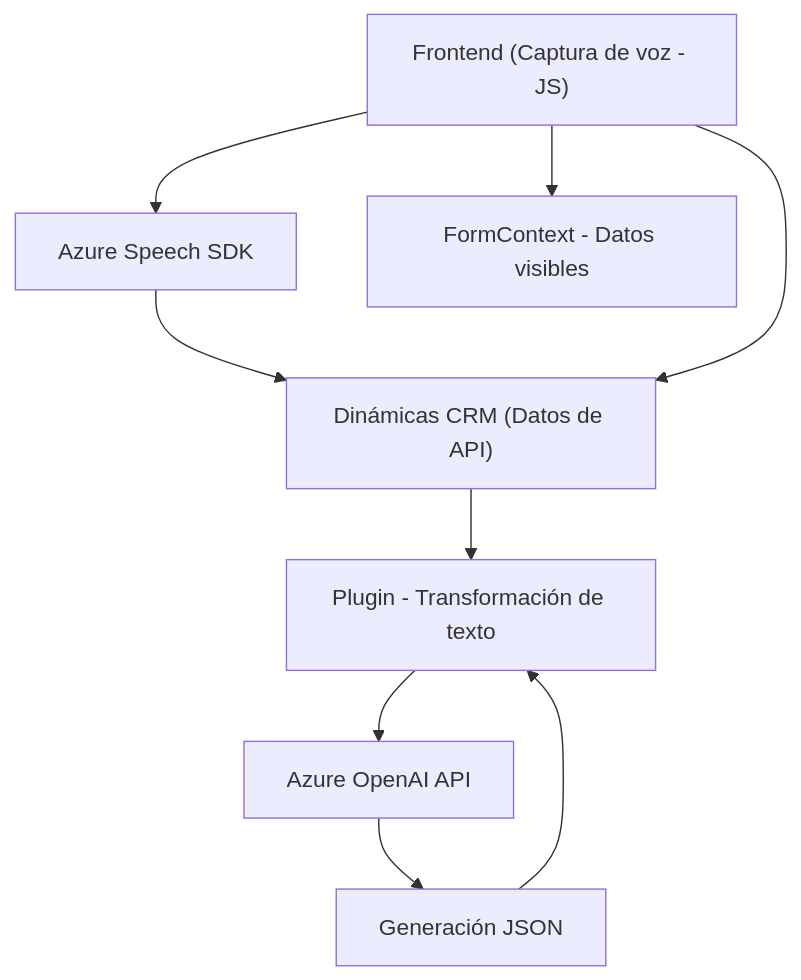
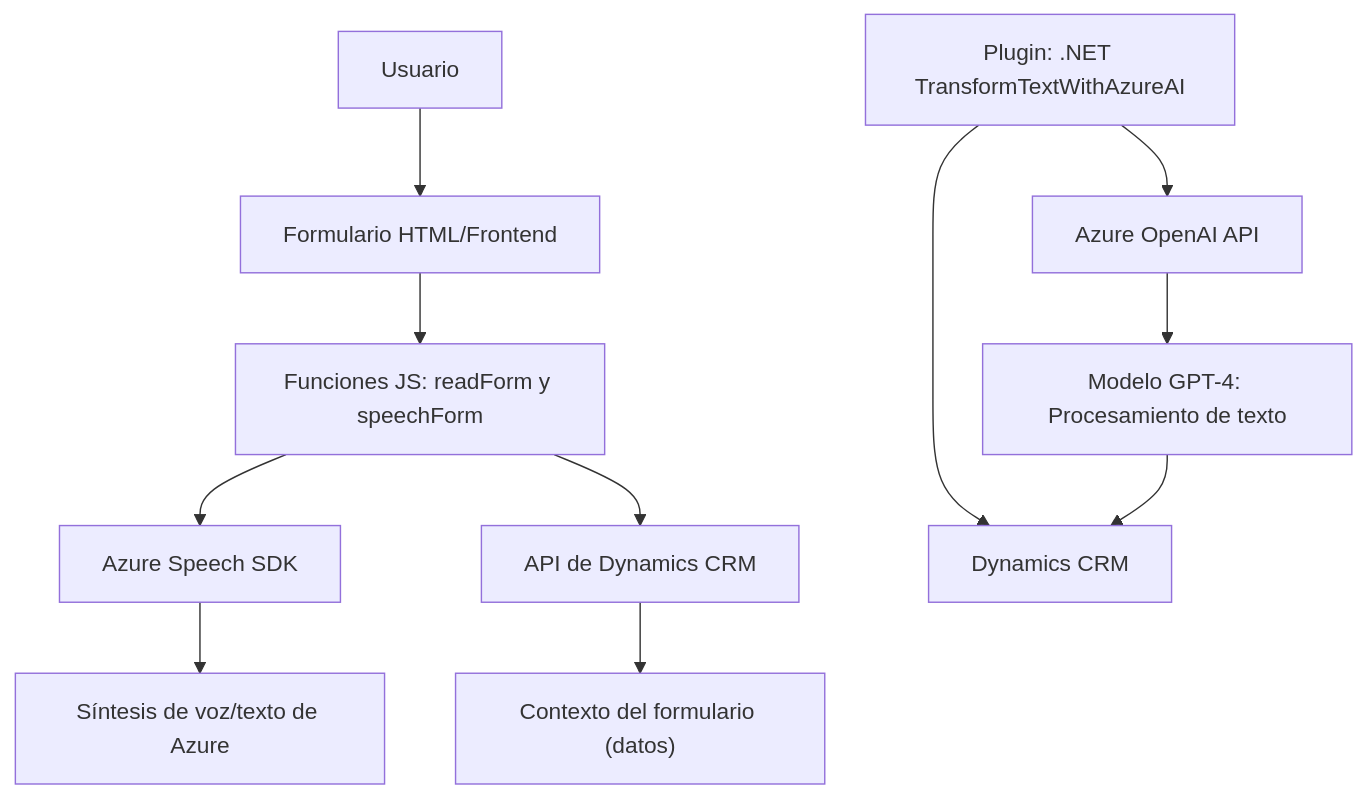
Before and after one commit to blopezdm/NETCORE_BILBAO2025: the diagram in README.md, drawn with Mermaid. The commit also changed other lines of this file, not shown here.

````diff
--- a/README.md
+++ b/README.md
@@ -40,11 +46,14 @@
 ```mermaid
 graph TD
-A["Frontend (Captura de voz - JS)"] --> B["Azure Speech SDK"]
-A --> C["FormContext - Datos visibles"]
-B --> D["Dinámicas CRM (Datos de API)"]
-D --> E["Plugin - Transformación de texto"]
-E --> F["Azure OpenAI API"]
-F --> G["Generación JSON"]
-A --> D
-G --> E
+    A["Usuario"] --> B["Formulario HTML/Frontend"]
+    B --> C["Funciones JS: readForm y speechForm"]
+    C --> D["Azure Speech SDK"]
+    C --> E["API de Dynamics CRM"]
+    D --> F["Síntesis de voz/texto de Azure"]
+    E --> G["Contexto del formulario (datos)"]
+
+    H["Plugin: .NET TransformTextWithAzureAI"] --> I["Dynamics CRM"]
+    H --> J["Azure OpenAI API"]
+    J --> K["Modelo GPT-4: Procesamiento de texto"]
+    K --> I
 ```
````
